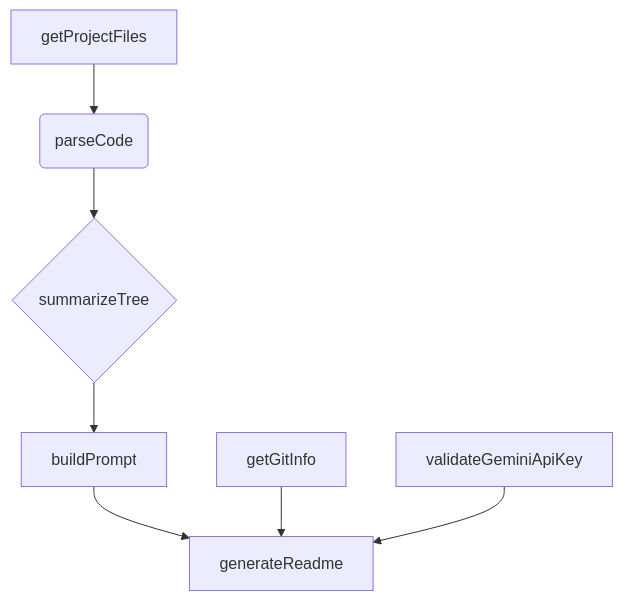
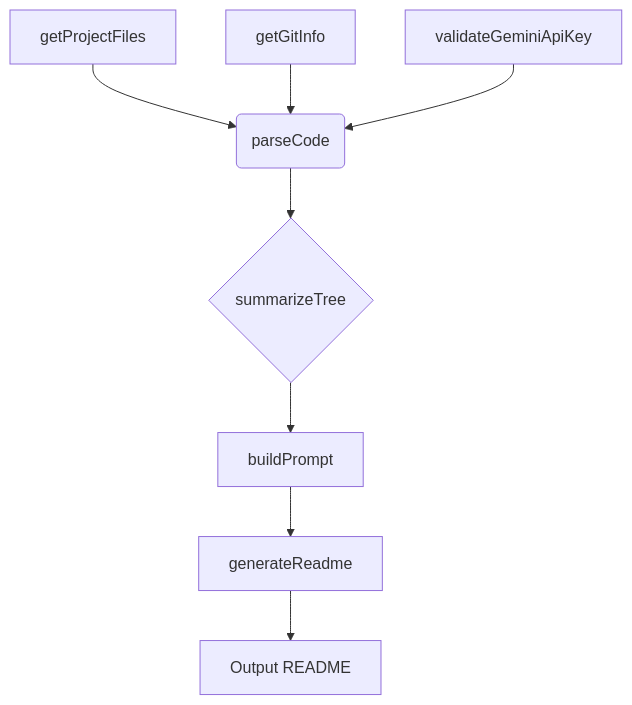
The first of 2 diagrams in README.md (PIYUSH1SAINI/ReadMe-wiz), drawn with Mermaid before and after one commit. The commit also changed other lines of this file and 1 other file, not shown here.

Commit message:
IMPROVEMENT - Invalid API key message - error,reason,solution

````diff
--- a/README.md
+++ b/README.md
@@ -11,10 +12,11 @@
 ```mermaid
 graph TD
     A[getProjectFiles] --> B(parseCode);
     B --> C{summarizeTree};
     C --> D[buildPrompt];
     D --> E[generateReadme];
-    F[getGitInfo] --> E;
-    G[validateGeminiApiKey] --> E;
+    E --> F[Output README];
+    G[getGitInfo] --> B;
+    H[validateGeminiApiKey] --> B;
 
 ```
````
